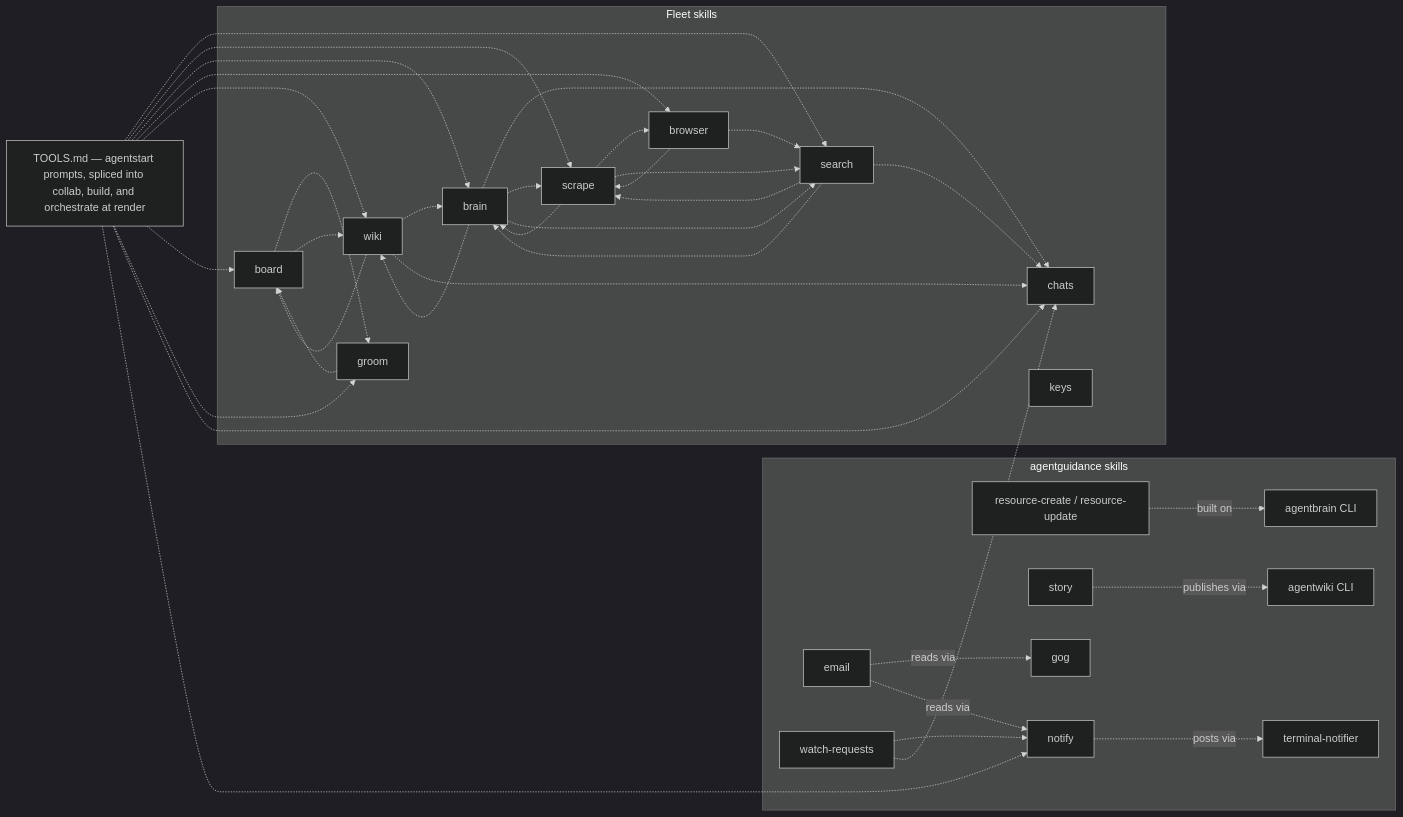
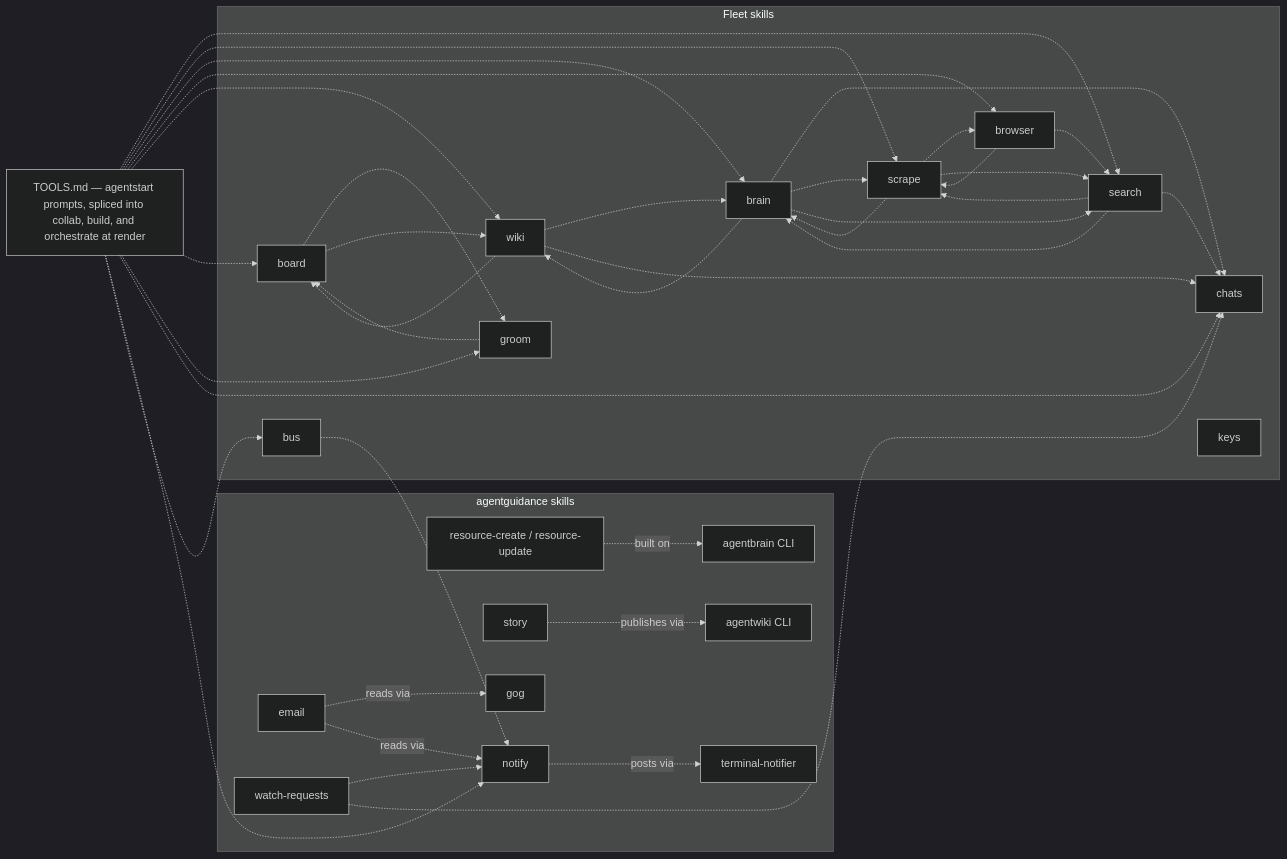
The third of 3 diagrams in skills/fleet/MAP.md (possibilities/agentdots), drawn with Mermaid (dark theme) before and after one commit. The commit also changed other lines of this file and 1 other file, not shown here.

First line of the commit message:
Advertise the bus skill; map its routing

````diff
--- a/skills/fleet/MAP.md
+++ b/skills/fleet/MAP.md
@@ -100,26 +100,28 @@
 ```mermaid
 flowchart LR
     subgraph fleetSkills [Fleet skills]
         board -.-> groom & wiki
         groom -.-> board
         brain -.-> chats & scrape & search & wiki
         scrape -.-> brain & browser & search
         search -.-> brain & chats & scrape
         browser -.-> scrape & search
         wiki -.-> board & brain & chats
         chats
         keys
+        bus
     end
 
     subgraph guidanceSkills [agentguidance skills]
         resource[resource-create / resource-update] -.->|built on| brainCli[agentbrain CLI]
         story -.->|publishes via| wikiCli[agentwiki CLI]
         notify -.->|posts via| notifierCli[terminal-notifier]
         email -.->|reads via| gogCli[gog] & notify
         watchRequests[watch-requests] -.-> notify
     end
 
     watchRequests -.-> chats
+    bus -.-> notify
 
-    tools[TOOLS.md — agentstart prompts, spliced into collab, build, and orchestrate at render] -.-> search & scrape & brain & browser & wiki & board & groom & chats & notify
+    tools[TOOLS.md — agentstart prompts, spliced into collab, build, and orchestrate at render] -.-> search & scrape & brain & browser & wiki & board & groom & chats & notify & bus
 ```
````
